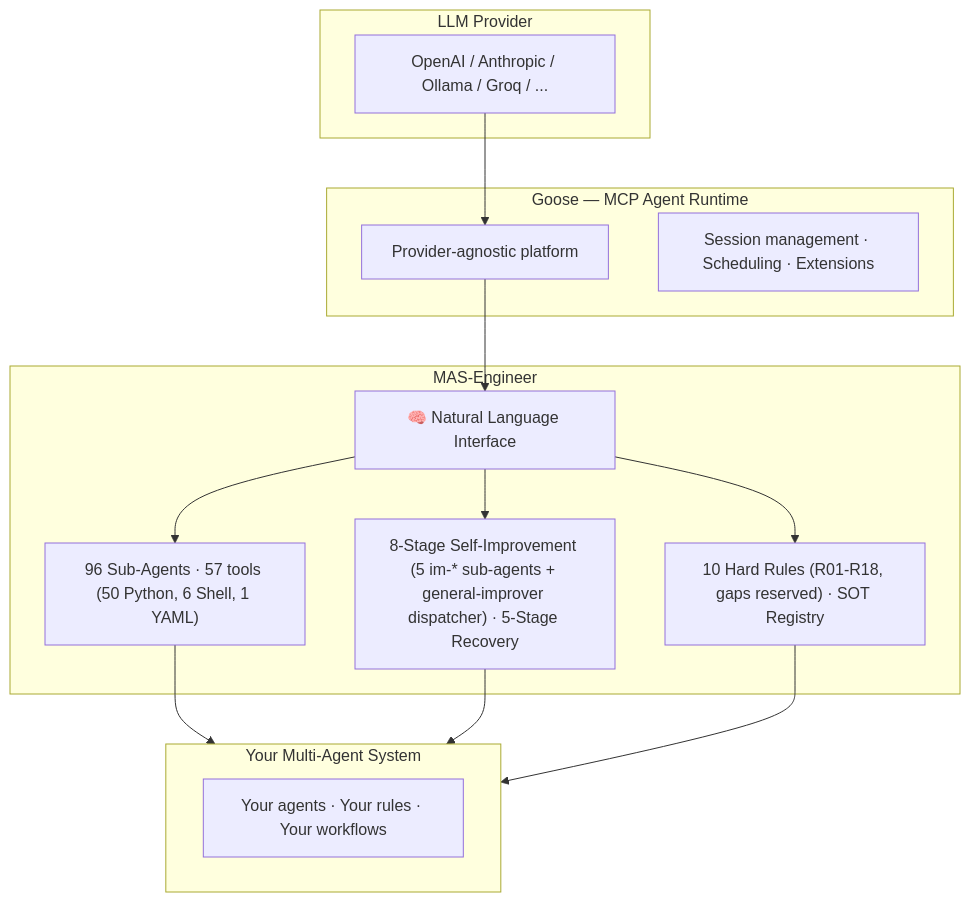
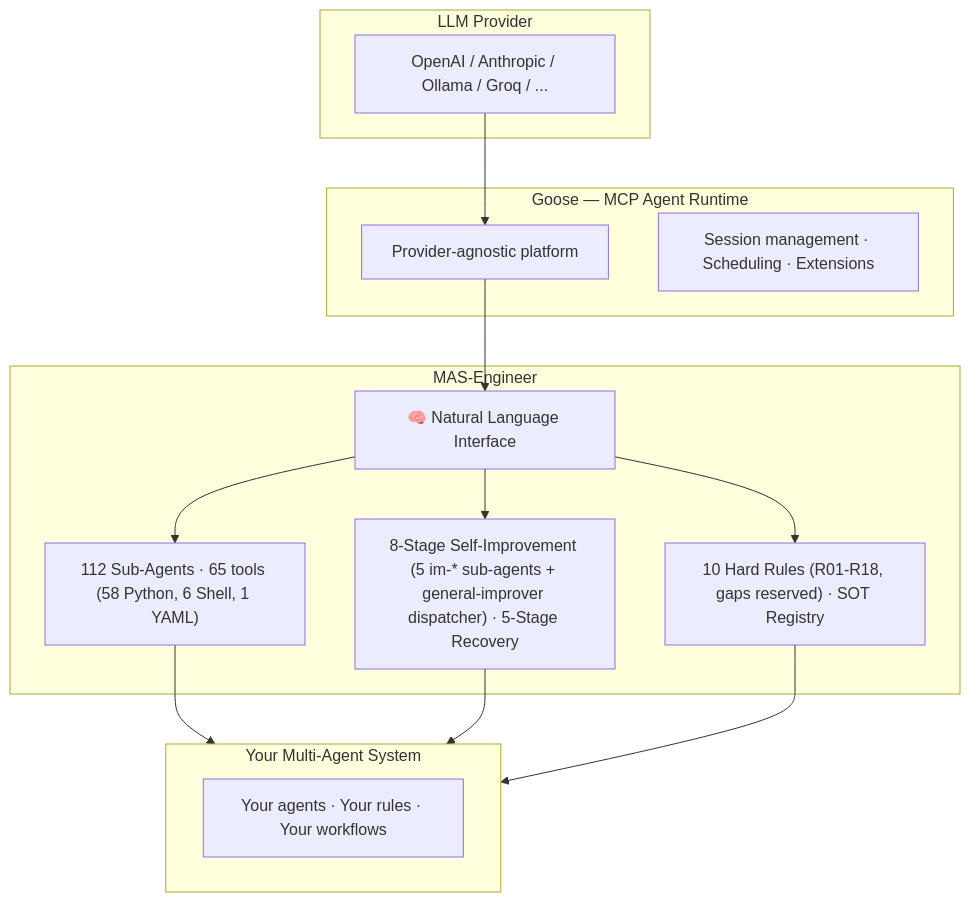
Before and after one commit to mczardybon/mas-engineer: the third of 6 diagrams in README.md, drawn with Mermaid. The commit also changed other lines of this file and 9 other files, not shown here.

````diff
--- a/README.md
+++ b/README.md
@@ -291,22 +291,22 @@
 ```mermaid
 flowchart TB
     subgraph LLM["LLM Provider"]
         L1["OpenAI / Anthropic / Ollama / Groq / ..."]
     end
     subgraph GOOSE["Goose — MCP Agent Runtime"]
         G1["Provider-agnostic platform"]
         G2["Session management · Scheduling · Extensions"]
     end
     subgraph ENGINEER["MAS-Engineer"]
         E1["🧠 Natural Language Interface"]
-        E2["96 Sub-Agents · 57 tools (50 Python, 6 Shell, 1 YAML)"]
+        E2["112 Sub-Agents · 65 tools (58 Python, 6 Shell, 1 YAML)"]
         E3["8-Stage Self-Improvement (5 im-* sub-agents + general-improver dispatcher) · 5-Stage Recovery"]
         E4["10 Hard Rules (R01-R18, gaps reserved) · SOT Registry"]
     end
     subgraph SYSTEM["Your Multi-Agent System"]
         S1["Your agents · Your rules · Your workflows"]
     end
     L1 --> G1 --> E1
     E1 --> E2 & E3 & E4
     E2 & E3 & E4 --> SYSTEM
 ```
````
